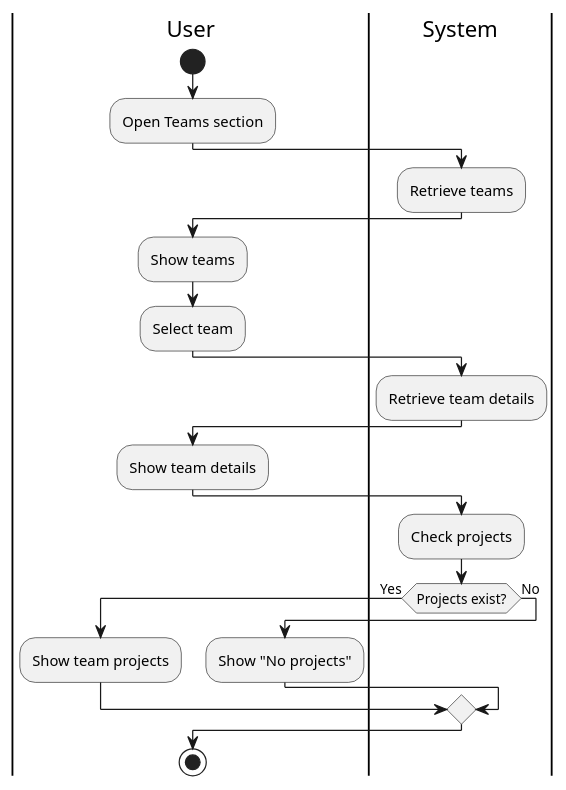
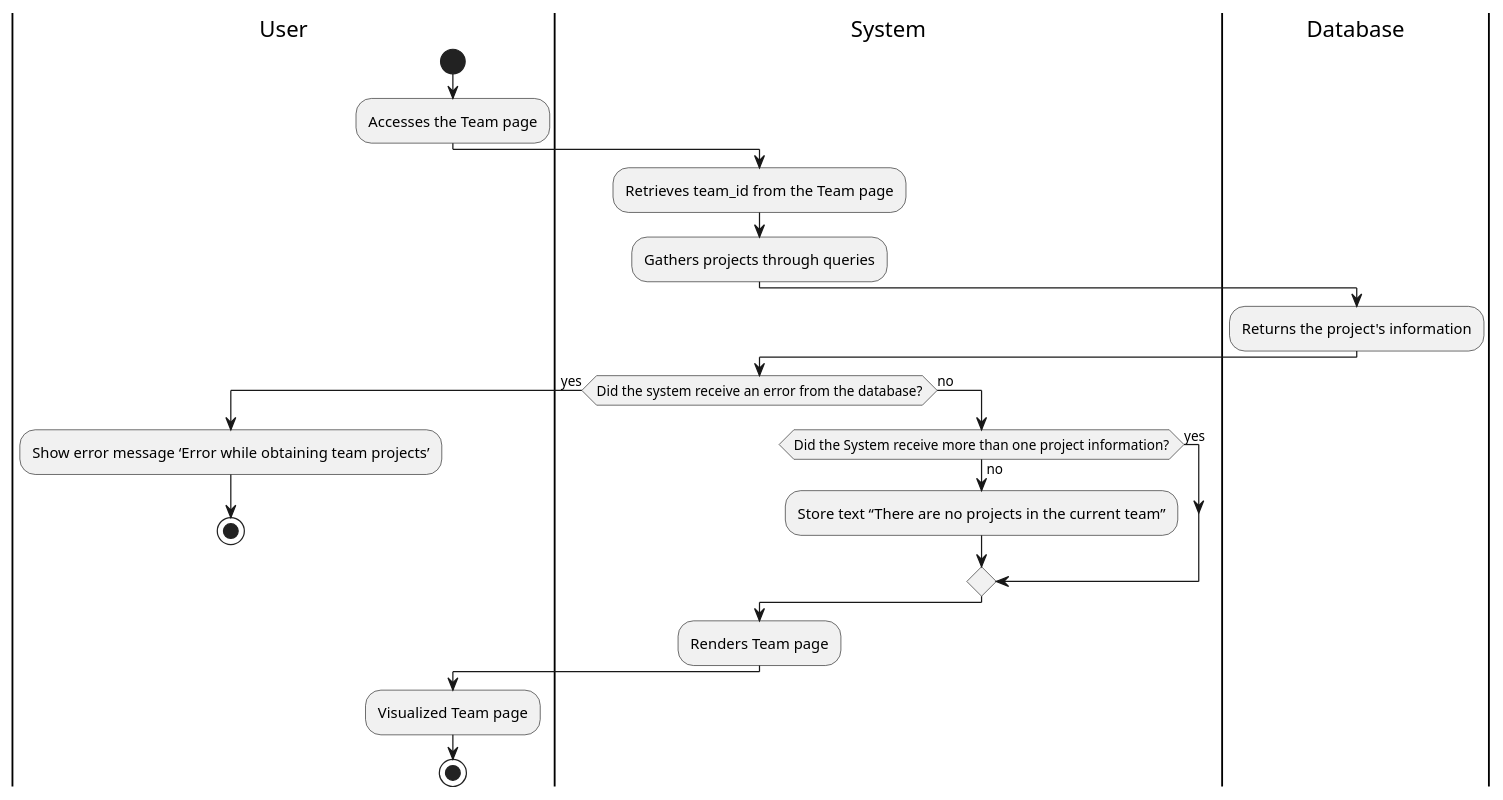
Before and after one commit to Berthou05/LimboSoftwareDevelopment_Change.org: the diagram in documentation/activity_diagrams/TEAM-08-ActivityDiagram.puml, drawn with PlantUML. The commit also changed 10 other files, not shown here.

```diff
--- a/documentation/activity_diagrams/TEAM-08-ActivityDiagram.puml
+++ b/documentation/activity_diagrams/TEAM-08-ActivityDiagram.puml
@@ -1,33 +1,36 @@
 @startuml
 skinparam activityFlowDirection Down
 
 |User|
 start
-:Open Teams section;
+:Accesses the Team page;
 
 |System|
-:Retrieve teams;
+:Retrieves team_id from the Team page;
+:Gathers projects through queries;
+
+|Database|
+:Returns the project's information;
+
+|System|
+if(Did the system receive an error from the database?)is(yes)then
+  |User|
+  :Show error message ‘Error while obtaining team projects’;
+  stop
+|System|
+else(no)
+  if(Did the System receive more than one project information?)is(yes)then
+
+  else(no)
+    :Store text “There are no projects in the current team”;
+  endif
+endif
+
+|System|
+:Renders Team page;
 
 |User|
-:Show teams;
-:Select team;
-
-|System|
-:Retrieve team details;
-
-|User|
-:Show team details;
-
-|System|
-:Check projects;
-
-if (Projects exist?) then (Yes)
-  |User|
-  :Show team projects;
-else (No)
-  |User|
-  :Show "No projects";
-endif
+:Visualized Team page;
 
 stop
 @enduml
```
